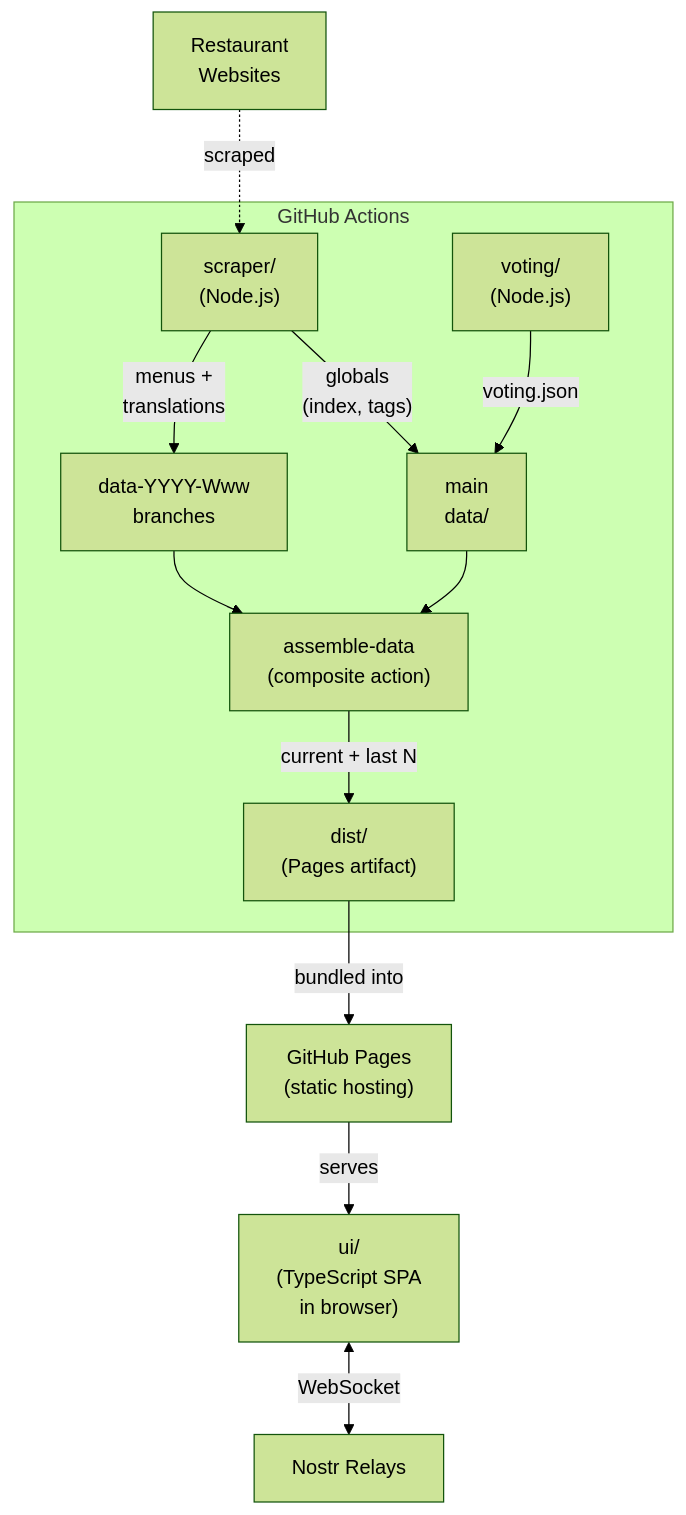
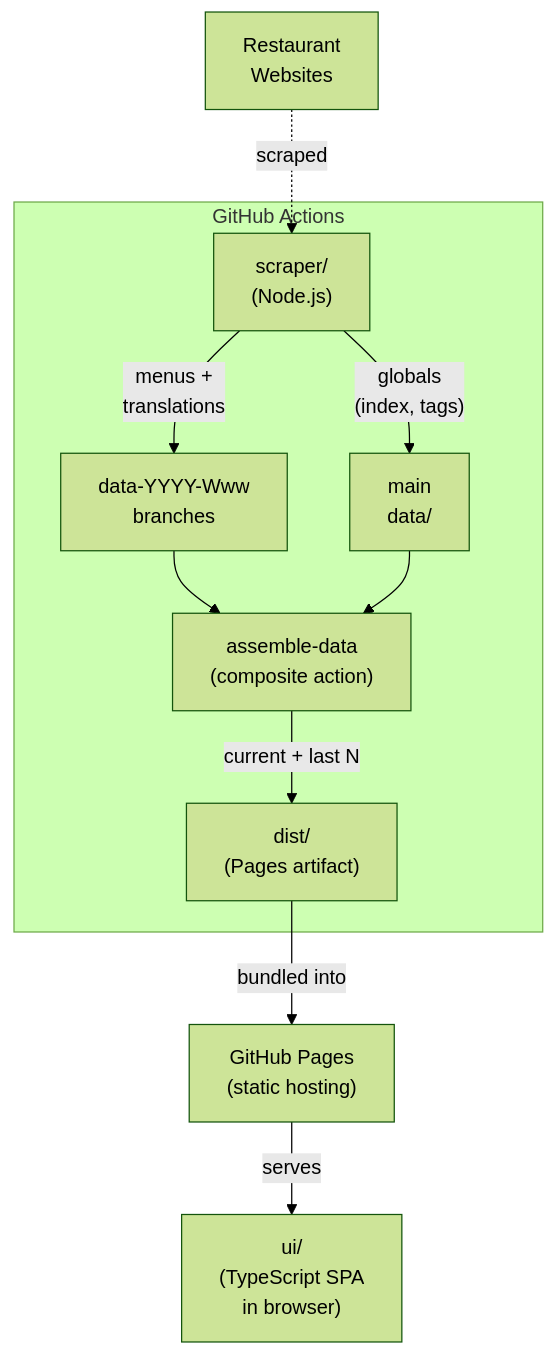
One commit to djaffry/mahlzeit-test changed the first of 3 diagrams in README.md. Above: the diagram before and after it, drawn with Mermaid (forest theme). The commit also changed other lines of this file and 81 other files, not shown here.

````diff
--- a/README.md
+++ b/README.md
@@ -107,17 +92,15 @@
 ```mermaid
 graph TB
   WEB["Restaurant<br/>Websites"] -.->|scraped| S
 
   subgraph CI["GitHub Actions"]
     S["scraper/<br/>(Node.js)"] -->|"menus +<br/>translations"| WB["data-YYYY-Www<br/>branches"]
     S -->|"globals<br/>(index, tags)"| M["main<br/>data/"]
-    R["voting/<br/>(Node.js)"] -->|voting.json| M
     AD["assemble-data<br/>(composite action)"] -->|"current + last N"| D["dist/<br/>(Pages artifact)"]
     WB --> AD
     M --> AD
   end
 
   D -->|bundled into| GH["GitHub Pages<br/>(static hosting)"]
   GH -->|serves| UI["ui/<br/>(TypeScript SPA<br/>in browser)"]
-  UI <-->|WebSocket| NR["Nostr Relays"]
 ```
````
